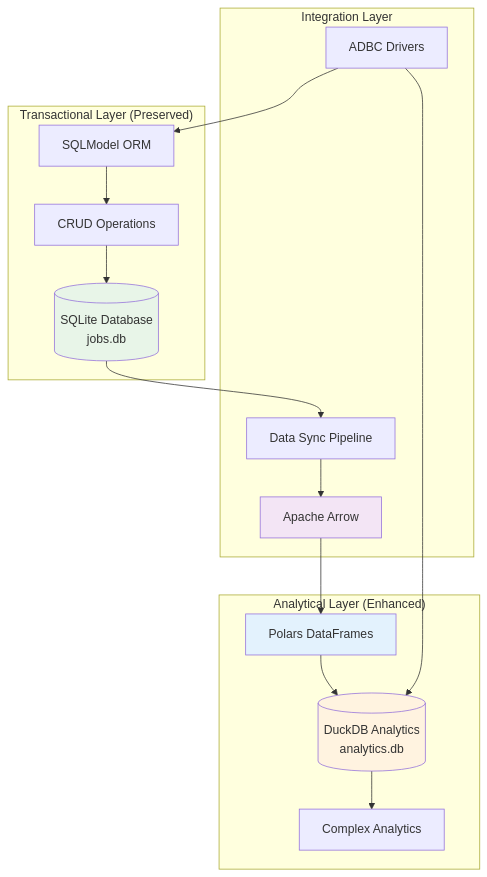
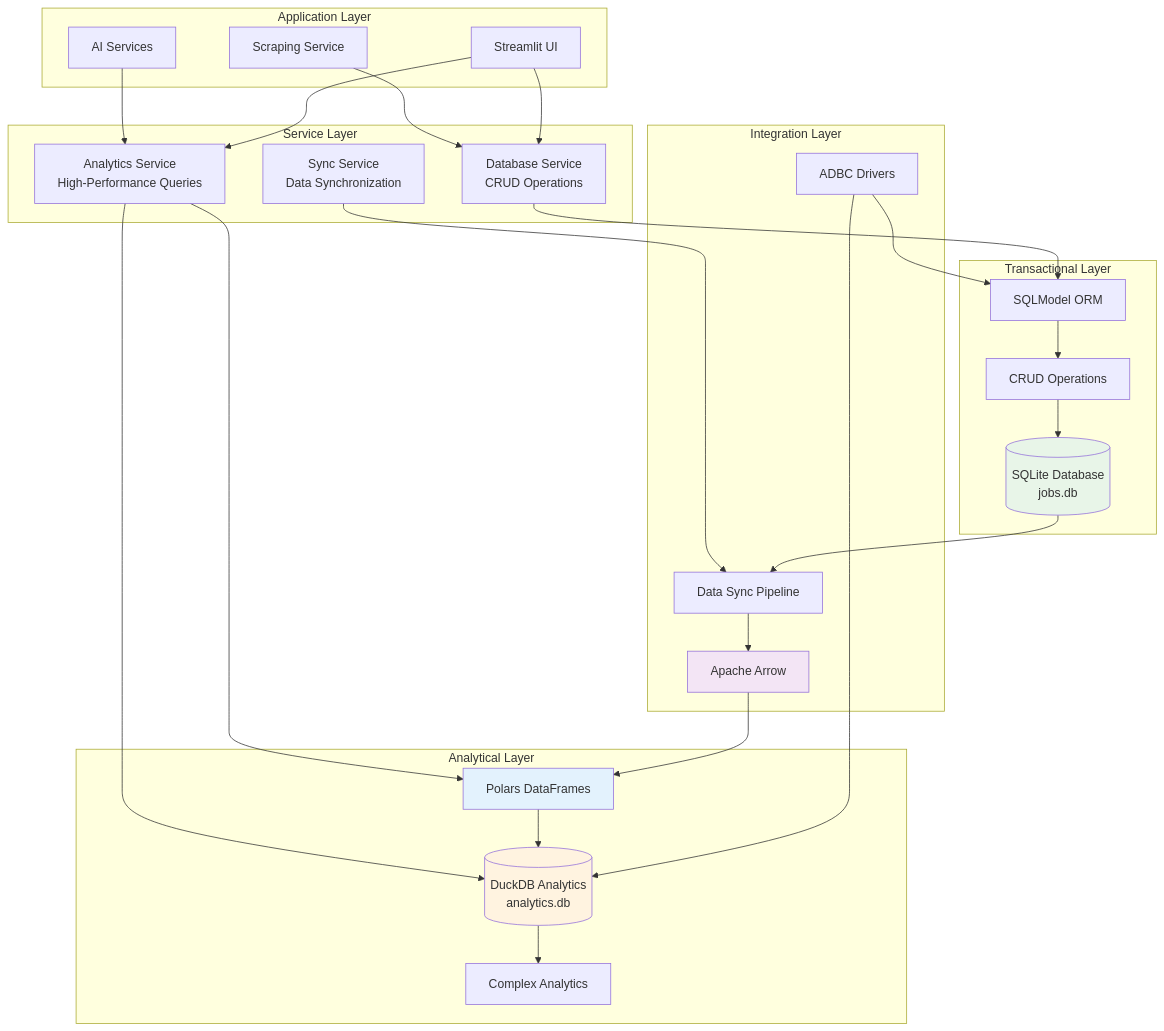
The diagram in docs/adrs/ADR-018-local-database-setup.md (BjornMelin/ai-job-scraper), drawn with Mermaid before and after one commit. The commit also changed other lines of this file and 4 other files, not shown here.

````diff
--- a/docs/adrs/ADR-018-local-database-setup.md
+++ b/docs/adrs/ADR-018-local-database-setup.md
@@ -70,37 +109,59 @@
 ```mermaid
 graph TB
-    subgraph "Transactional Layer (Preserved)"
+    subgraph "Application Layer"
+        Scraper[Scraping Service]
+        AI[AI Services]
+        UI[Streamlit UI]
+    end
+    
+    subgraph "Service Layer"
+        DBService[Database Service<br/>CRUD Operations]
+        AnalyticsService[Analytics Service<br/>High-Performance Queries]
+        SyncService[Sync Service<br/>Data Synchronization]
+    end
+    
+    subgraph "Transactional Layer"
         SQLite[(SQLite Database<br/>jobs.db)]
         SQLModel[SQLModel ORM]
         CRUD[CRUD Operations]
     end
     
-    subgraph "Analytical Layer (Enhanced)"
+    subgraph "Analytical Layer"
         DuckDB[(DuckDB Analytics<br/>analytics.db)]
         Polars[Polars DataFrames]
         Analytics[Complex Analytics]
     end
     
     subgraph "Integration Layer"
         ADBC[ADBC Drivers]
         Arrow[Apache Arrow]
         Sync[Data Sync Pipeline]
     end
     
+    Scraper --> DBService
+    AI --> AnalyticsService
+    UI --> DBService
+    UI --> AnalyticsService
+    
+    DBService --> SQLModel
     SQLModel --> CRUD
     CRUD --> SQLite
+    
+    AnalyticsService --> DuckDB
+    AnalyticsService --> Polars
+    SyncService --> Sync
     
     SQLite --> Sync
     Sync --> Arrow
     Arrow --> Polars
     Polars --> DuckDB
     DuckDB --> Analytics
     
     ADBC --> SQLModel
     ADBC --> DuckDB
     
     style SQLite fill:#e8f5e8
     style DuckDB fill:#fff3e0
     style Polars fill:#e3f2fd
     style Arrow fill:#f3e5f5
 ```
````
